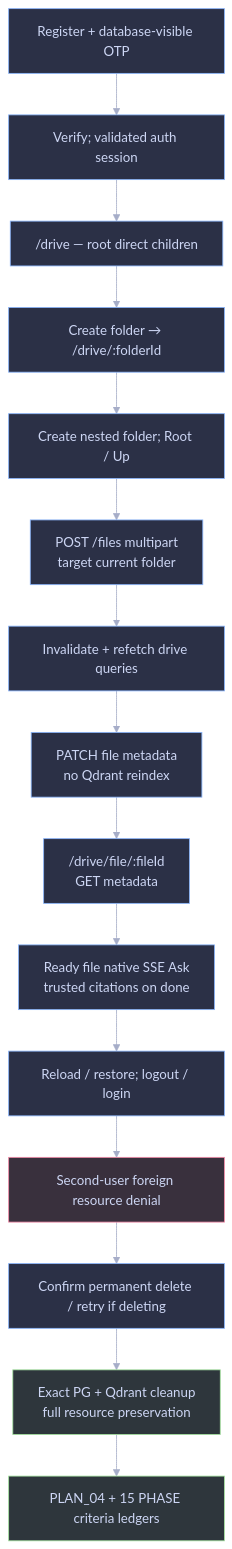
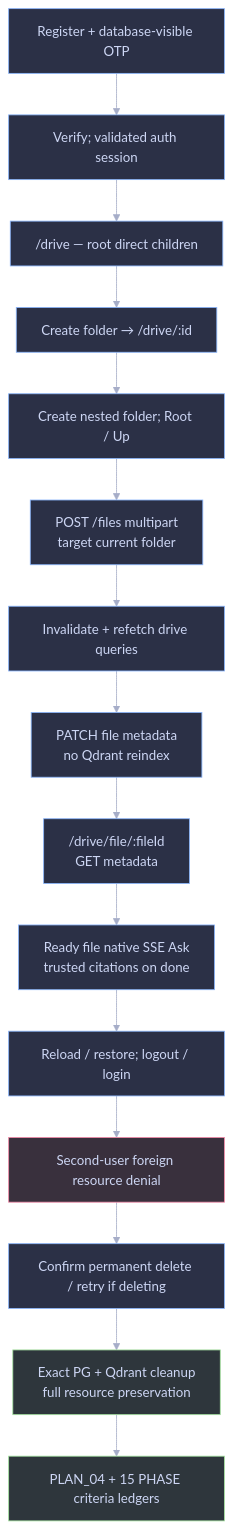
Before and after one commit to RyxnDmello/atlas: the fifth of 5 diagrams in prompts/PHASE_02/PLAN_04/PHASE_02_PLAN_04.md, drawn with Mermaid. The commit also changed other lines of this file and 71 other files, not shown here.

First line of the commit message:
feat(drive, client): consolidate APIs and complete folder workflows

````diff
--- a/prompts/PHASE_02/PLAN_04/PHASE_02_PLAN_04.md
+++ b/prompts/PHASE_02/PLAN_04/PHASE_02_PLAN_04.md
@@ -639,28 +655,28 @@
 ```mermaid
 %%{init: {'theme': 'base', 'themeVariables': {'background': '#1e1e2e', 'primaryColor': '#45475a', 'primaryTextColor': '#cdd6f4', 'primaryBorderColor': '#89b4fa', 'lineColor': '#a6adc8', 'secondaryColor': '#313244', 'tertiaryColor': '#181825', 'fontFamily': 'Inter, sans-serif'}}}%%
 flowchart TD
     Register["Register + database-visible OTP"] --> Verify["Verify; validated auth session"]
     Verify --> Drive["/drive — root direct children"]
-    Drive --> Folder["Create folder → /drive/:folderId"]
+    Drive --> Folder["Create folder → /drive/:id"]
     Folder --> Nested["Create nested folder; Root / Up"]
     Nested --> Upload["POST /files multipart<br/>target current folder"]
     Upload --> Refresh["Invalidate + refetch drive queries"]
     Refresh --> Edit["PATCH file metadata<br/>no Qdrant reindex"]
     Edit --> Detail["/drive/file/:fileId<br/>GET metadata"]
     Detail --> Ask["Ready file native SSE Ask<br/>trusted citations on done"]
     Ask --> Session["Reload / restore; logout / login"]
     Session --> Foreign["Second-user foreign resource denial"]
     Foreign --> Delete["Confirm permanent delete / retry if deleting"]
     Delete --> Preserve["Exact PG + Qdrant cleanup<br/>full resource preservation"]
     Preserve --> Ledger["PLAN_04 + 15 PHASE criteria ledgers"]
     class Register,Verify,Drive,Folder,Nested,Upload,Refresh,Edit,Detail,Ask,Session,Delete client;
     class Foreign denied;
     class Preserve,Ledger verified;
     classDef client fill:#2b3046,stroke:#89b4fa,stroke-width:1px,color:#cdd6f4;
     classDef service fill:#2c3642,stroke:#94e2d5,stroke-width:1px,color:#cdd6f4;
     classDef storage fill:#332e46,stroke:#a6adc8,stroke-width:1px,color:#cdd6f4;
     classDef verified fill:#2e363c,stroke:#a6e3a1,stroke-width:1px,color:#cdd6f4;
     classDef planned fill:#30323f,stroke:#b4befe,stroke-width:1px,color:#cdd6f4;
     classDef caution fill:#38362e,stroke:#f9e2af,stroke-width:1px,color:#cdd6f4;
     classDef denied fill:#39303d,stroke:#f38ba8,stroke-width:1px,color:#cdd6f4;
 ```
````
